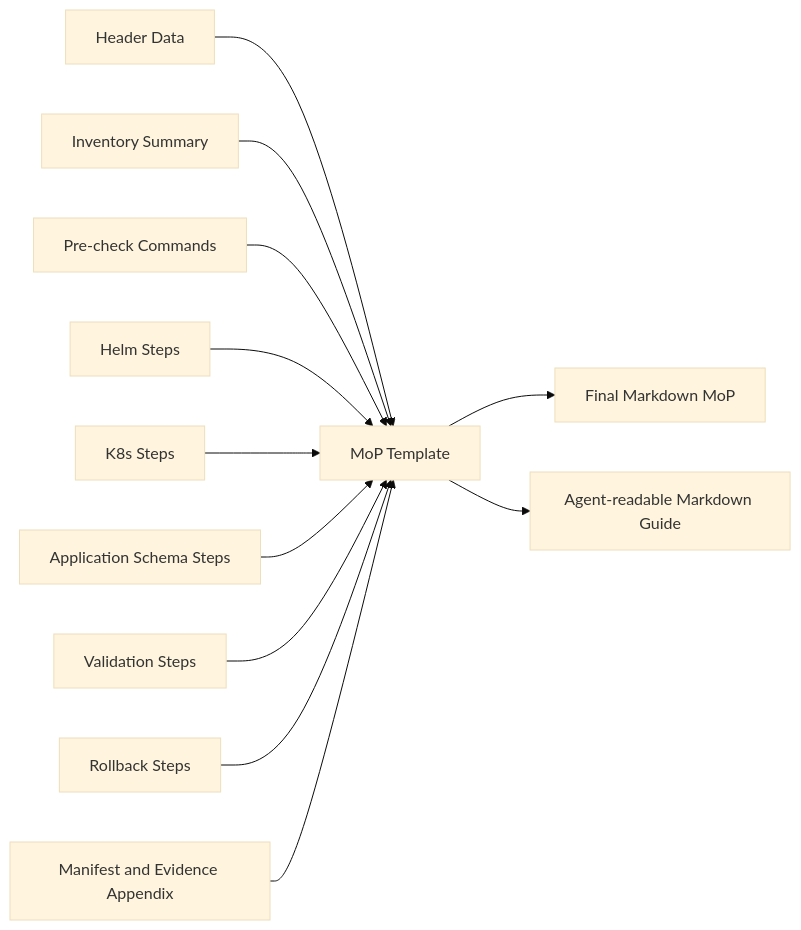
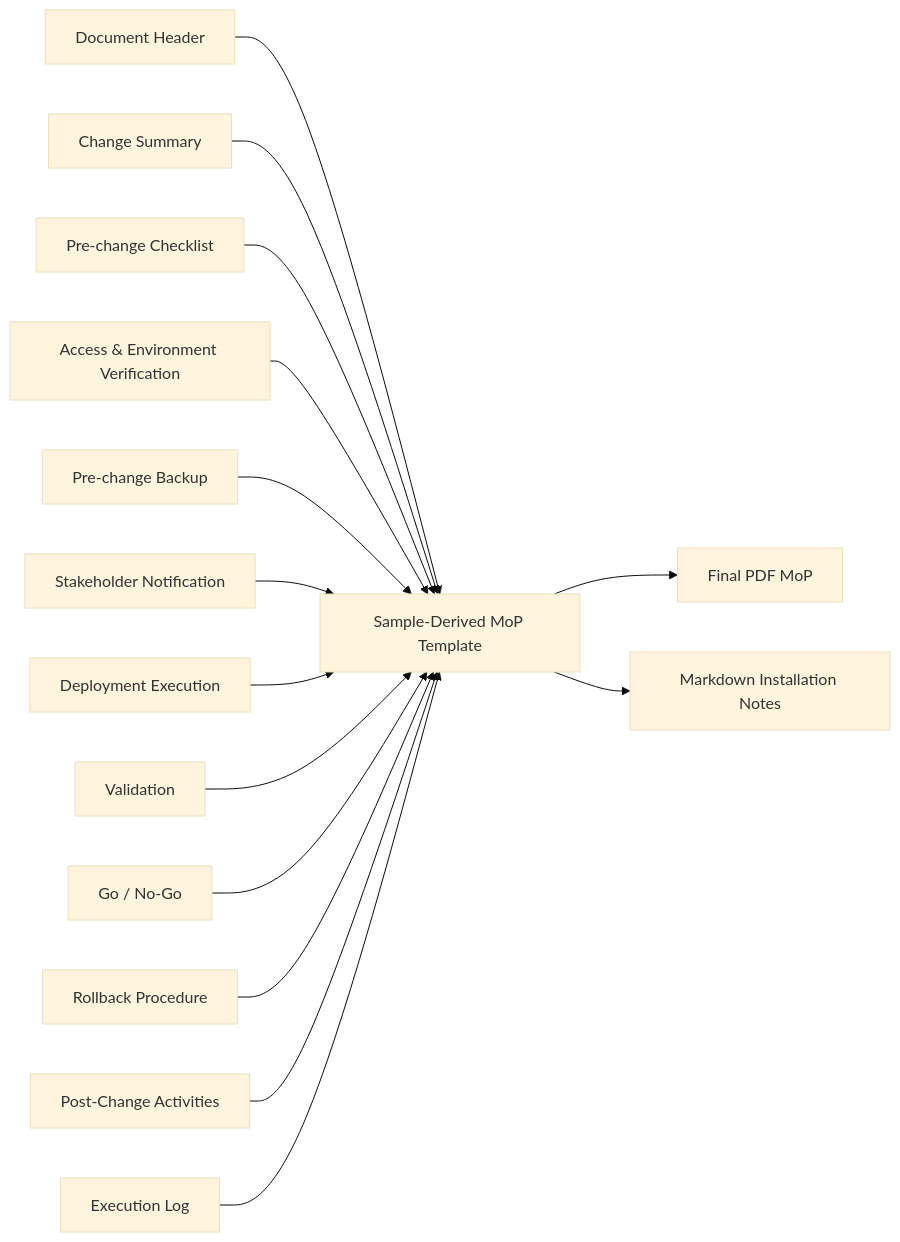
Before and after one commit to aveeshek/bosgenesis-mop-creation-agent: the sixth of 7 diagrams in docs/04_ALGORITHM_MOP_CREATION_AGENT.md, drawn with Mermaid (base theme). The commit also changed other lines of this file and 62 other files, not shown here.

````diff
--- a/docs/04_ALGORITHM_MOP_CREATION_AGENT.md
+++ b/docs/04_ALGORITHM_MOP_CREATION_AGENT.md
@@ -372,14 +410,17 @@
 ```mermaid
 flowchart LR
-    Header["Header Data"] --> Template["MoP Template"]
-    Summary["Inventory Summary"] --> Template
-    Prechecks["Pre-check Commands"] --> Template
-    Helm["Helm Steps"] --> Template
-    K8s["K8s Steps"] --> Template
-    App["Application Schema Steps"] --> Template
-    Validation["Validation Steps"] --> Template
-    Rollback["Rollback Steps"] --> Template
-    Appendix["Manifest and Evidence Appendix"] --> Template
-    Template --> Markdown["Final Markdown MoP"]
-    Template --> AgentGuide["Agent-readable Markdown Guide"]
+    Header["Document Header"] --> Template["Sample-Derived MoP Template"]
+    Summary["Change Summary"] --> Template
+    Checklist["Pre-change Checklist"] --> Template
+    Access["Access & Environment Verification"] --> Template
+    Backup["Pre-change Backup"] --> Template
+    Notify["Stakeholder Notification"] --> Template
+    Execute["Deployment Execution"] --> Template
+    Validate["Validation"] --> Template
+    Decision["Go / No-Go"] --> Template
+    Rollback["Rollback Procedure"] --> Template
+    Post["Post-Change Activities"] --> Template
+    Log["Execution Log"] --> Template
+    Template --> PDF["Final PDF MoP"]
+    Template --> Notes["Markdown Installation Notes"]
 ```
````
